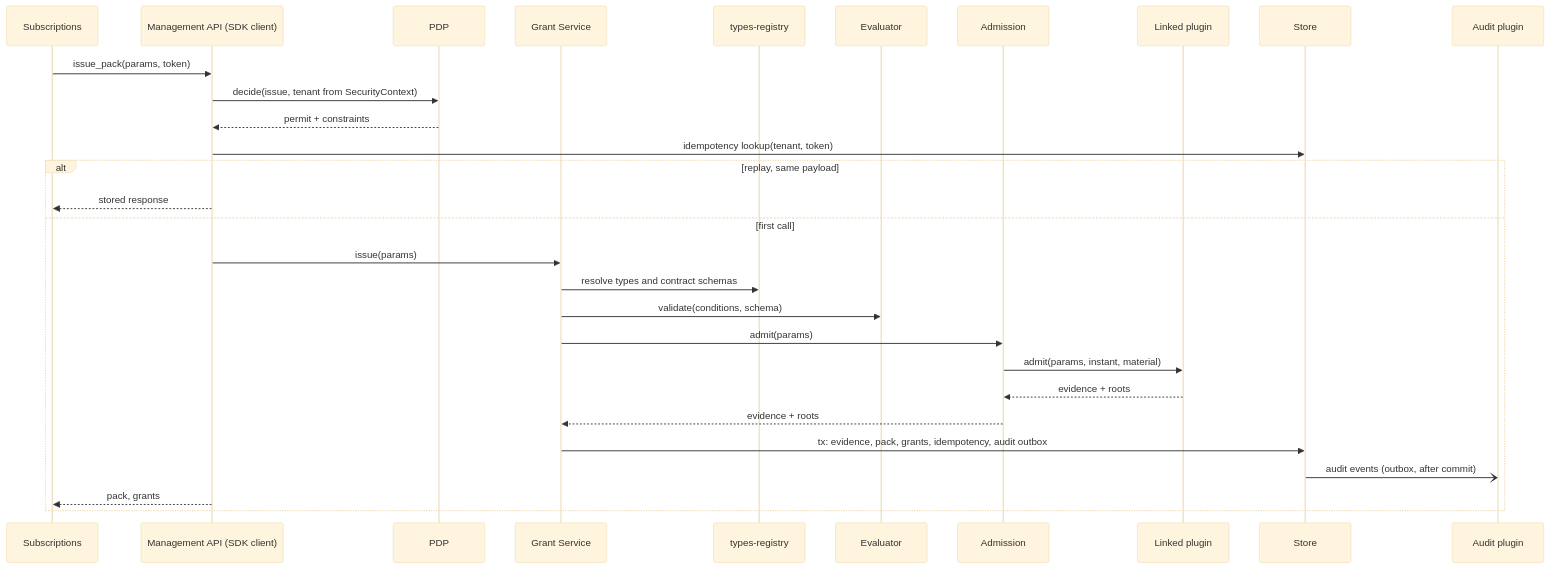
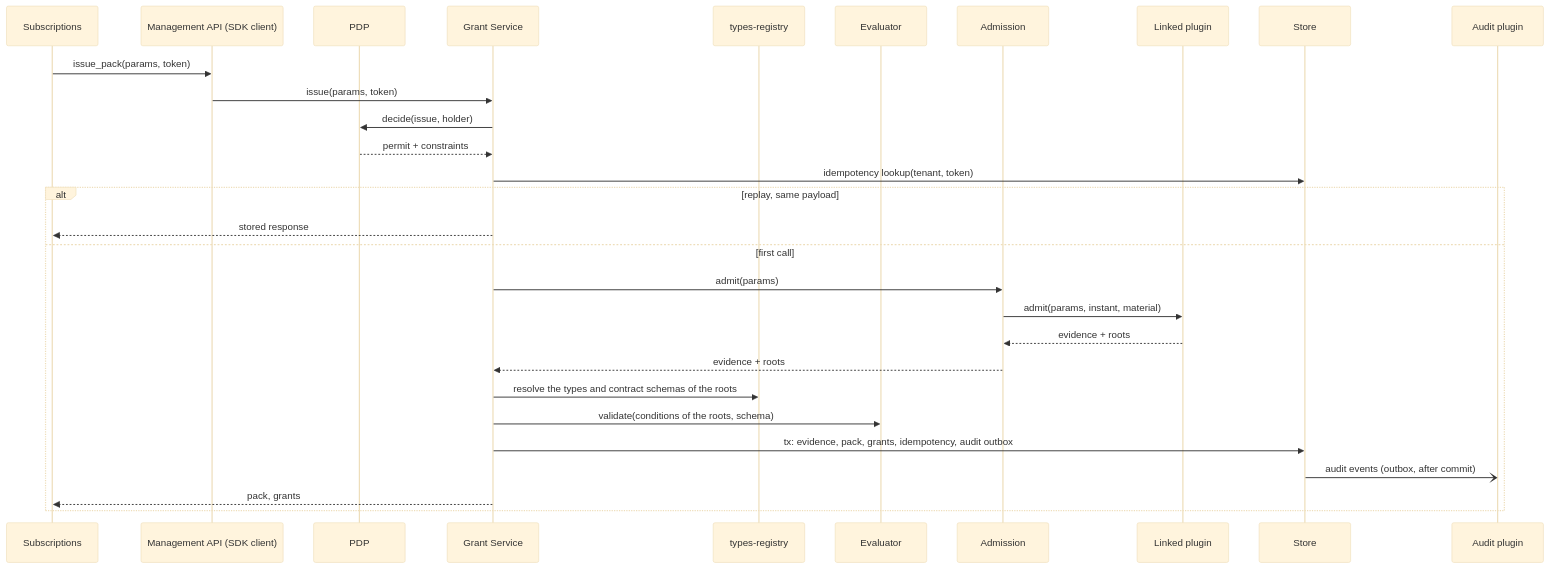
One commit to constructorfabric/gears-rust changed the fourth of 5 diagrams in gears/system/license-enforcement/docs/DESIGN.md. Above: the diagram before and after it, drawn with Mermaid (base theme). The commit also changed other lines of this file and 53 other files, not shown here.

````diff
--- a/gears/system/license-enforcement/docs/DESIGN.md
+++ b/gears/system/license-enforcement/docs/DESIGN.md
@@ -876,31 +881,31 @@
 ```mermaid
 sequenceDiagram
     participant B as Subscriptions
     participant API as Management API (SDK client)
     participant P as PDP
     participant G as Grant Service
     participant TR as types-registry
     participant E as Evaluator
     participant AD as Admission
     participant PL as Linked plugin
     participant S as Store
     participant AU as Audit plugin
     B ->> API: issue_pack(params, token)
-    API ->> P: decide(issue, tenant from SecurityContext)
-    P -->> API: permit + constraints
-    API ->> S: idempotency lookup(tenant, token)
+    API ->> G: issue(params, token)
+    G ->> P: decide(issue, holder)
+    P -->> G: permit + constraints
+    G ->> S: idempotency lookup(tenant, token)
     alt replay, same payload
-        API -->> B: stored response
+        G -->> B: stored response
     else first call
-        API ->> G: issue(params)
-        G ->> TR: resolve types and contract schemas
-        G ->> E: validate(conditions, schema)
         G ->> AD: admit(params)
         AD ->> PL: admit(params, instant, material)
         PL -->> AD: evidence + roots
         AD -->> G: evidence + roots
+        G ->> TR: resolve the types and contract schemas of the roots
+        G ->> E: validate(conditions of the roots, schema)
         G ->> S: tx: evidence, pack, grants, idempotency, audit outbox
         S -) AU: audit events (outbox, after commit)
-        API -->> B: pack, grants
+        G -->> B: pack, grants
     end
 ```
````
